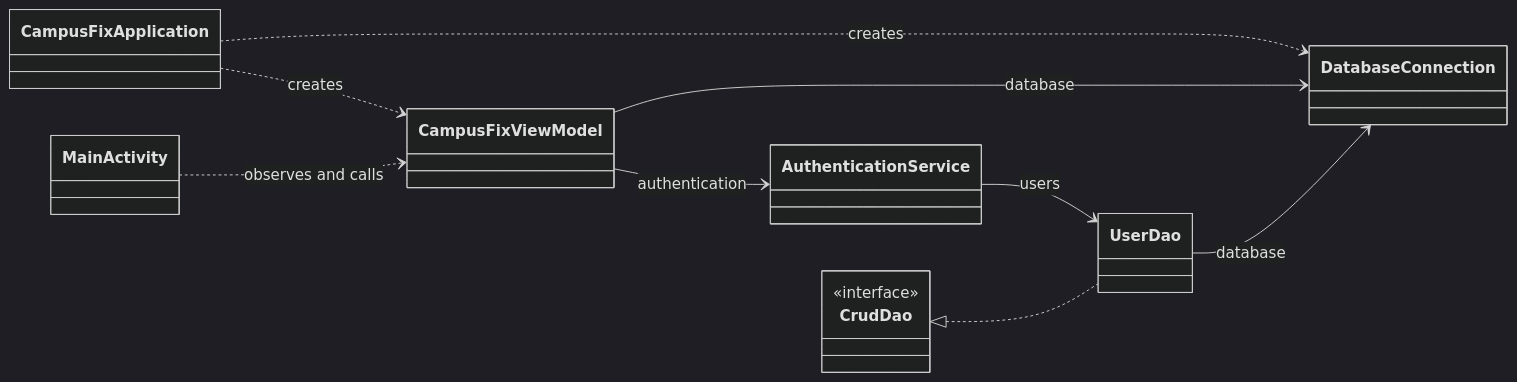
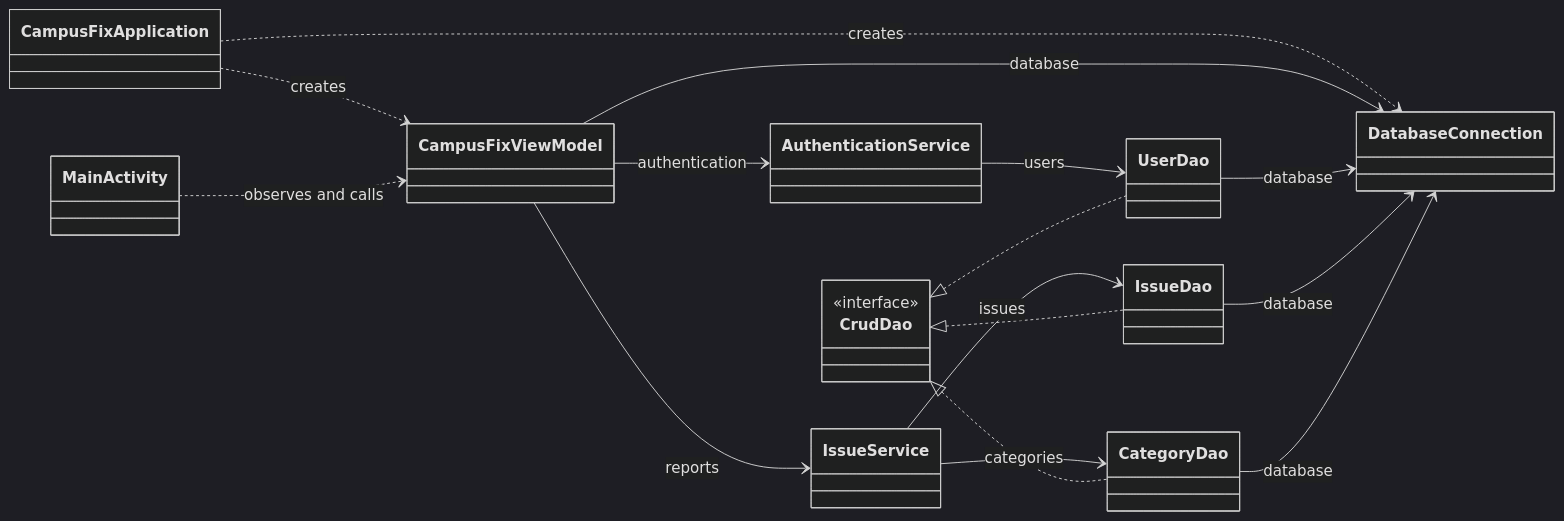
Before and after one commit to dfernq/inso-2026-2027-campus-fix: the diagram in docs/android.md, drawn with Mermaid (dark theme). The commit also changed other lines of this file and 6 other files, not shown here.

````diff
--- a/docs/android.md
+++ b/docs/android.md
@@ -21,15 +28,22 @@
 ```mermaid
 classDiagram
     direction LR
     class CrudDao {
         <<interface>>
     }
     CampusFixApplication ..> CampusFixViewModel : creates
     CampusFixApplication ..> DatabaseConnection : creates
     MainActivity ..> CampusFixViewModel : observes and calls
     CampusFixViewModel --> DatabaseConnection : database
     CampusFixViewModel --> AuthenticationService : authentication
+    CampusFixViewModel --> IssueService : reports
     AuthenticationService --> UserDao : users
+    IssueService --> IssueDao : issues
+    IssueService --> CategoryDao : categories
     UserDao --> DatabaseConnection : database
+    IssueDao --> DatabaseConnection : database
+    CategoryDao --> DatabaseConnection : database
     CrudDao <|.. UserDao
+    CrudDao <|.. IssueDao
+    CrudDao <|.. CategoryDao
 ```
````
